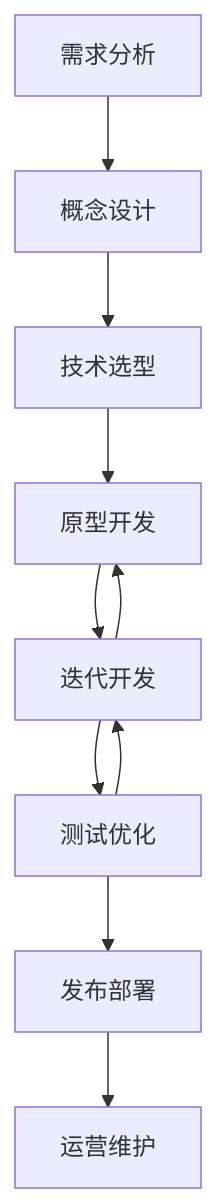
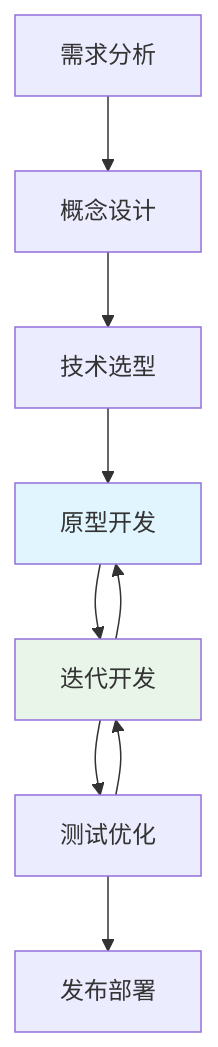
One commit to youjing-mz/snake changed the first of 6 diagrams in 课时1-游戏设计与项目规划/README.md. Above: the diagram before and after it, drawn with Mermaid. The commit also changed other lines of this file and 8 other files, not shown here.

````diff
--- a/课时1-游戏设计与项目规划/README.md
+++ b/课时1-游戏设计与项目规划/README.md
@@ -14,13 +21,15 @@
 ```mermaid
 graph TD
     A[需求分析] --> B[概念设计]
     B --> C[技术选型]
     C --> D[原型开发]
     D --> E[迭代开发]
     E --> F[测试优化]
     F --> G[发布部署]
-    G --> H[运营维护]
     
     E --> D
     F --> E
+    
+    style D fill:#e1f5fe
+    style E fill:#e8f5e8
 ```
````
